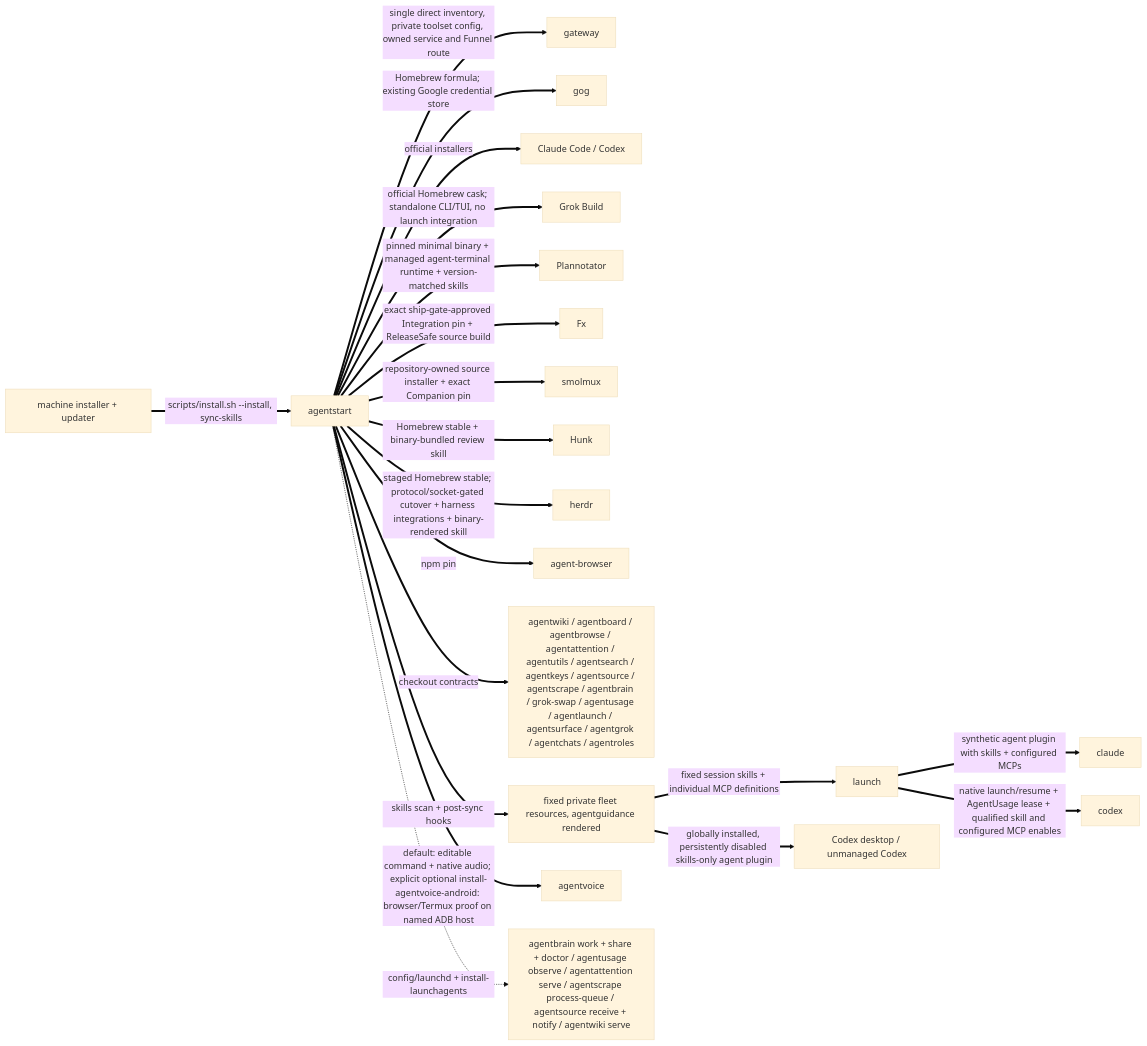
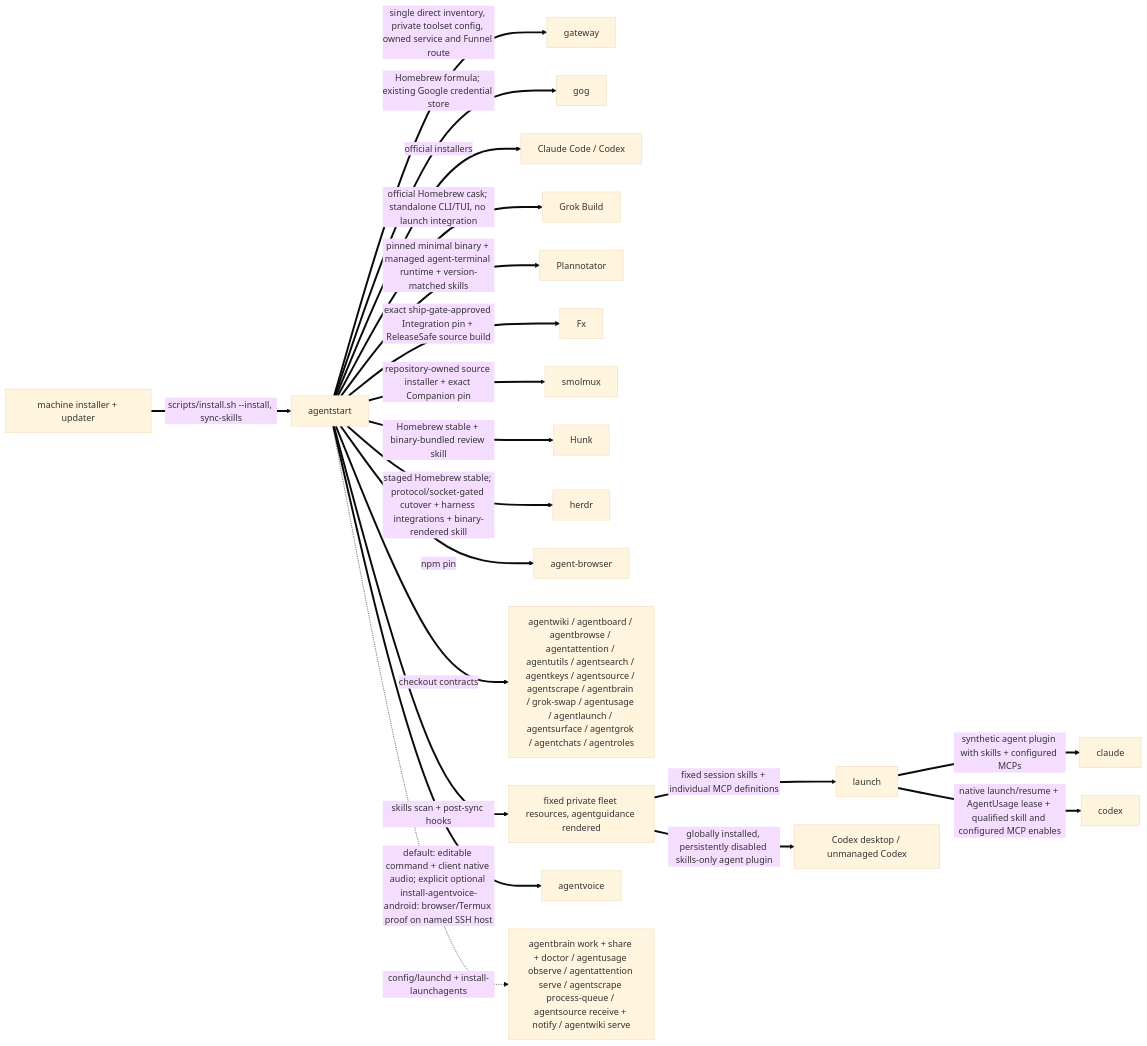
One commit to possibilities/agentstart changed the second of 3 diagrams in skills/fleet/MAP.md. Above: the diagram before and after it, drawn with Mermaid (base theme). The commit also changed other lines of this file, not shown here.

Commit message:
Document client-owned AgentVoice media boundary

````diff
--- a/skills/fleet/MAP.md
+++ b/skills/fleet/MAP.md
@@ -105,25 +105,25 @@
 ```mermaid
 flowchart LR
     machine[machine installer + updater]
     start[agentstart]
 
     machine ==>|scripts/install.sh --install, sync-skills| start
     start ==>|single direct inventory, private toolset config, owned service and Funnel route| gateway
     start ==>|Homebrew formula; existing Google credential store| gog
     start ==>|official installers| harnesses[Claude Code / Codex]
     start ==>|official Homebrew cask; standalone CLI/TUI, no launch integration| grok[Grok Build]
     start ==>|pinned minimal binary + managed agent-terminal runtime + version-matched skills| plannotator[Plannotator]
     start ==>|exact ship-gate-approved Integration pin + ReleaseSafe source build| fx[Fx]
     start ==>|repository-owned source installer + exact Companion pin| smolmuxInstall[smolmux]
     start ==>|Homebrew stable + binary-bundled review skill| hunk[Hunk]
     start ==>|staged Homebrew stable; protocol/socket-gated cutover + harness integrations + binary-rendered skill| herdrInstall[herdr]
     start ==>|npm pin| browser[agent-browser]
     start ==>|checkout contracts| fleet[agentwiki / agentboard / agentbrowse / agentattention / agentutils / agentsearch / agentkeys / agentsource / agentscrape / agentbrain / grok-swap / agentusage / agentlaunch / agentsurface / agentgrok / agentchats / agentroles]
     start ==>|skills scan + post-sync hooks| skills[fixed private fleet resources, agentguidance rendered]
-    start ==>|default: editable command + native audio; explicit optional install-agentvoice-android: browser/Termux proof on named ADB host| voiceInstall[agentvoice]
+    start ==>|default: editable command + client native audio; explicit optional install-agentvoice-android: browser/Termux proof on named SSH host| voiceInstall[agentvoice]
     skills ==>|fixed session skills + individual MCP definitions| launch
     launch ==>|synthetic agent plugin with skills + configured MCPs| claude
     launch ==>|native launch/resume + AgentUsage lease + qualified skill and configured MCP enables| codex
     skills ==>|globally installed, persistently disabled skills-only agent plugin| codexDesktop[Codex desktop / unmanaged Codex]
     start -.->|config/launchd + install-launchagents| services[agentbrain work + share + doctor / agentusage observe / agentattention serve / agentscrape process-queue / agentsource receive + notify / agentwiki serve]
 ```
````
